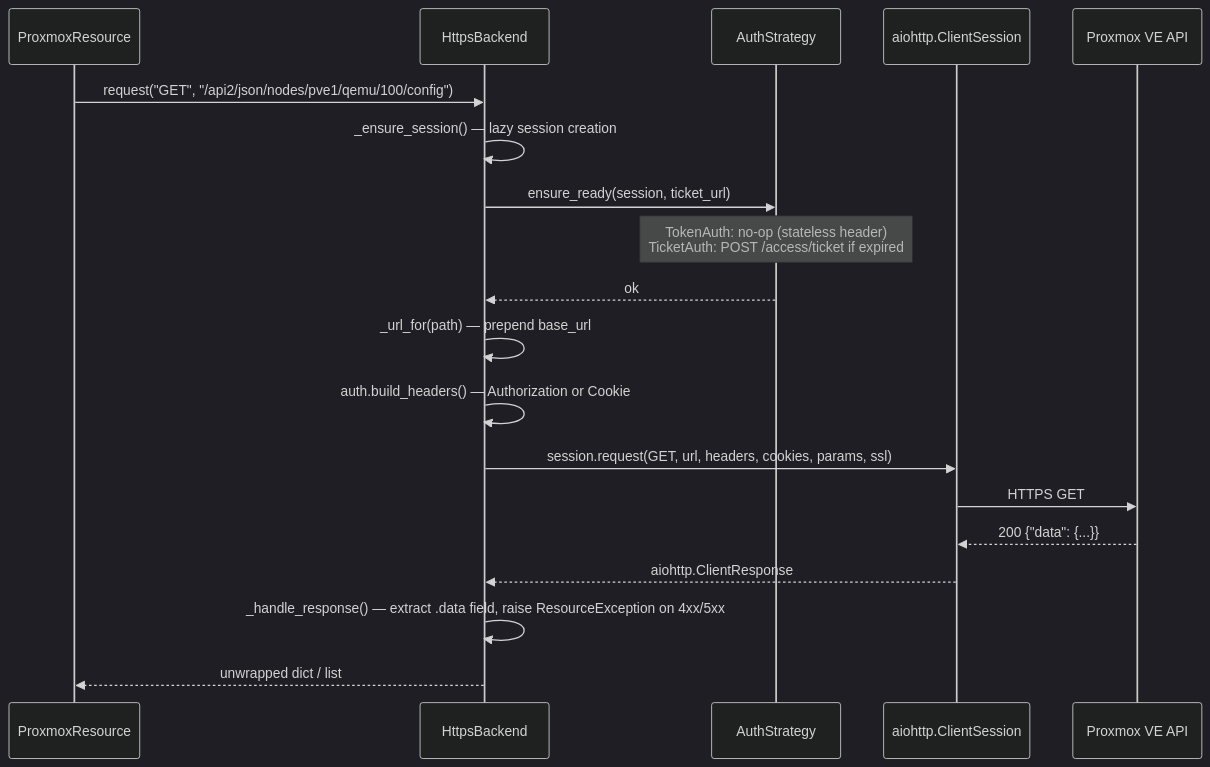
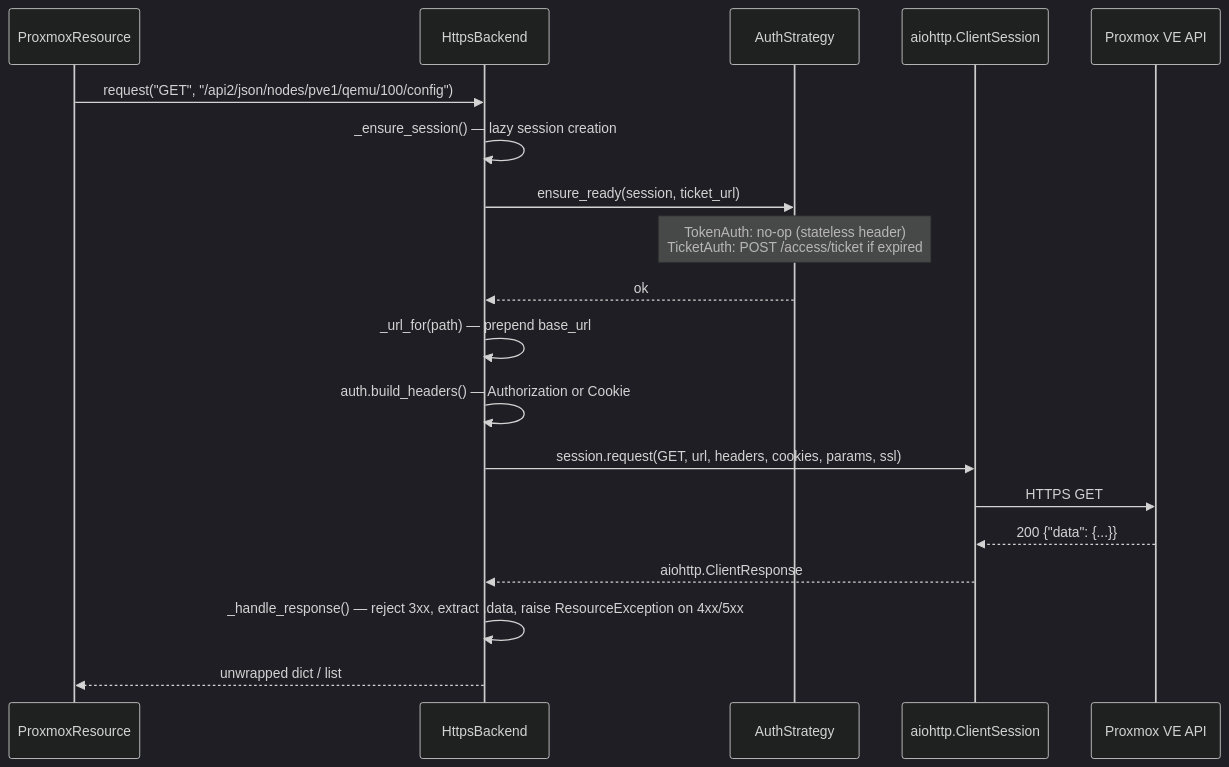
One commit to emersonfelipesp/proxmox-sdk changed the third of 4 diagrams in docs/sdk-internals.md. Above: the diagram before and after it, drawn with Mermaid (dark theme). The commit also changed other lines of this file and 20 other files, not shown here.

````diff
--- a/docs/sdk-internals.md
+++ b/docs/sdk-internals.md
@@ -184,22 +184,22 @@
 ```mermaid
 sequenceDiagram
     participant R as ProxmoxResource
     participant B as HttpsBackend
     participant A as AuthStrategy
     participant H as aiohttp.ClientSession
     participant P as Proxmox VE API
 
     R->>B: request("GET", "/api2/json/nodes/pve1/qemu/100/config")
     B->>B: _ensure_session() — lazy session creation
     B->>A: ensure_ready(session, ticket_url)
     note over A: TokenAuth: no-op (stateless header)<br/>TicketAuth: POST /access/ticket if expired
     A-->>B: ok
     B->>B: _url_for(path) — prepend base_url
     B->>B: auth.build_headers() — Authorization or Cookie
     B->>H: session.request(GET, url, headers, cookies, params, ssl)
     H->>P: HTTPS GET
     P-->>H: 200 {"data": {...}}
     H-->>B: aiohttp.ClientResponse
-    B->>B: _handle_response() — extract .data field, raise ResourceException on 4xx/5xx
+    B->>B: _handle_response() — reject 3xx, extract .data, raise ResourceException on 4xx/5xx
     B-->>R: unwrapped dict / list
 ```
````
